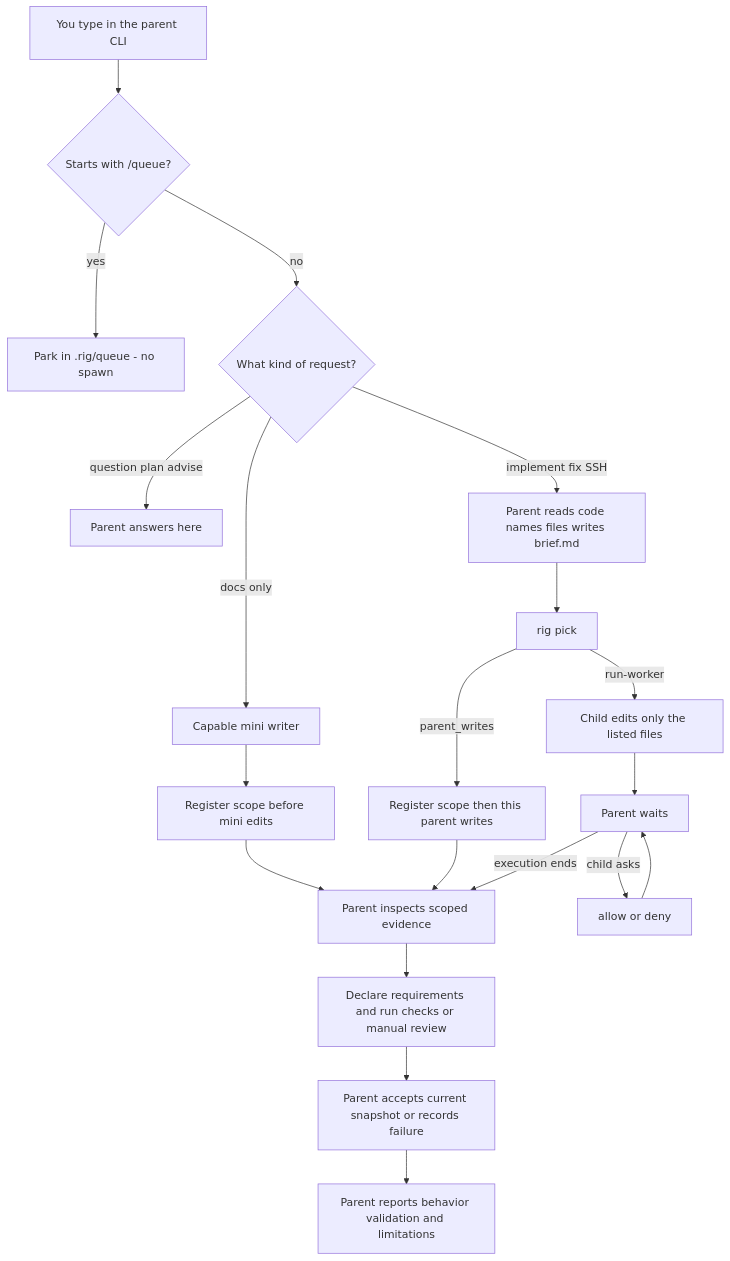
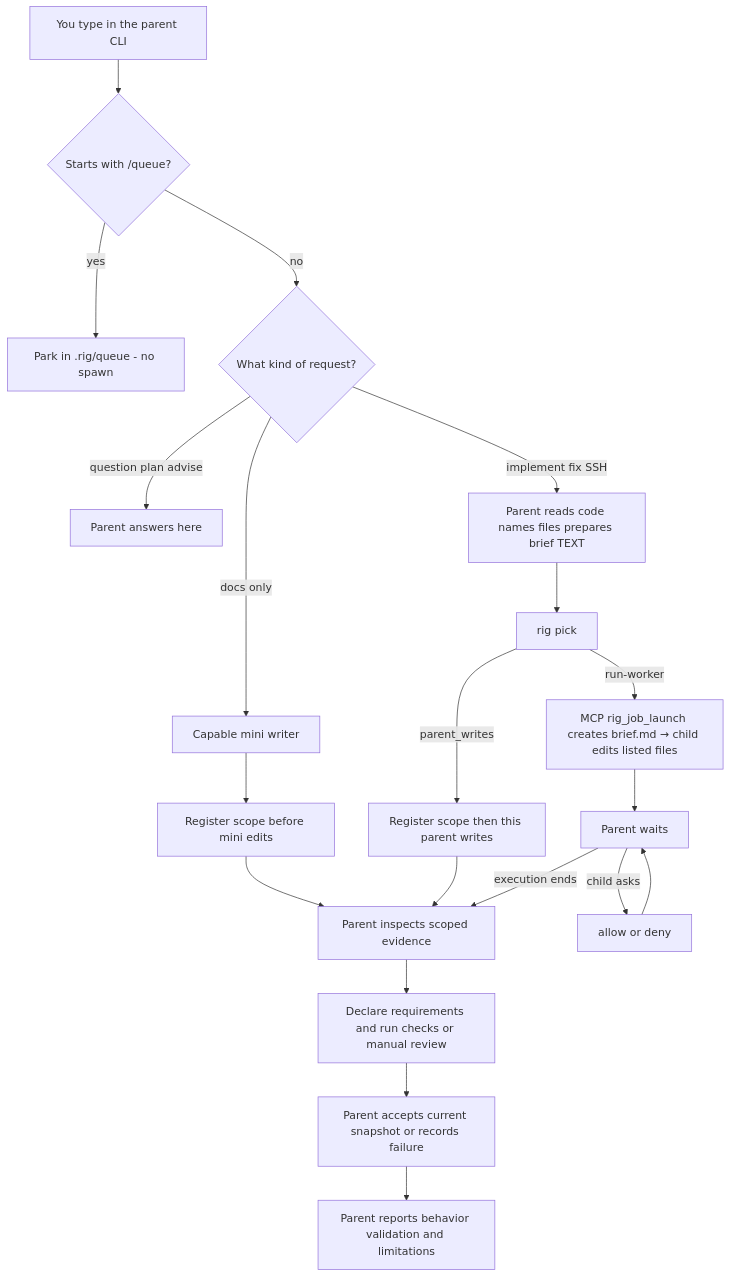
One commit to Brasth/Rig changed the second of 3 diagrams in README.md. Above: the diagram before and after it, drawn with Mermaid. The commit also changed other lines of this file and 28 other files, not shown here.

Commit message:
feat(mcp): require job-scoped orchestration and child handshake

````diff
--- a/README.md
+++ b/README.md
@@ -58,23 +58,23 @@
 ```mermaid
 flowchart TD
   you[You type in the parent CLI]
   you --> q{Starts with /queue?}
   q -->|yes| park["Park in .rig/queue - no spawn"]
   q -->|no| kind{What kind of request?}
   kind -->|question plan advise| stay[Parent answers here]
   kind -->|docs only| mini[Capable mini writer]
-  kind -->|implement fix SSH| check[Parent reads code names files writes brief.md]
+  kind -->|implement fix SSH| check[Parent reads code names files prepares brief TEXT]
   check --> pick[rig pick]
-  pick -->|run-worker| child[Child edits only the listed files]
+  pick -->|run-worker| child[MCP rig_job_launch creates brief.md → child edits listed files]
   pick -->|parent_writes| self[Register scope then this parent writes]
   mini --> miniStart[Register scope before mini edits]
   miniStart --> evidence
   self --> evidence[Parent inspects scoped evidence]
   child --> wait[Parent waits]
   wait -->|child asks| allow[allow or deny]
   allow --> wait
   wait -->|execution ends| evidence
   evidence --> checks[Declare requirements and run checks or manual review]
   checks --> accept[Parent accepts current snapshot or records failure]
   accept --> report[Parent reports behavior validation and limitations]
 ```
````
